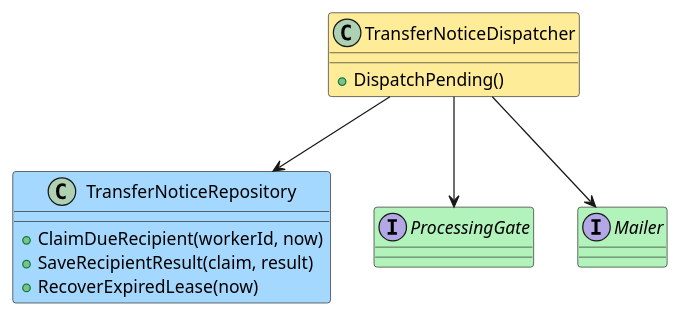
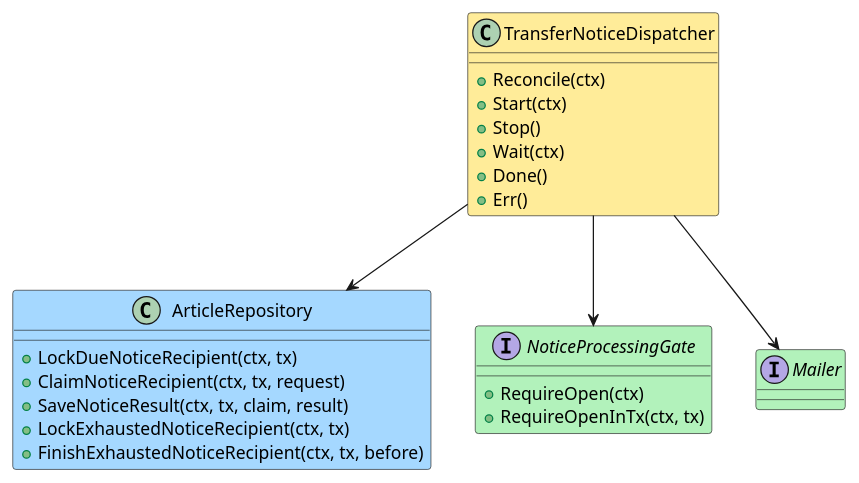
One commit to jianghua-hub-ai/han changed diagram 24 of 28 in .add/project/knowledge/design-workspace/article-management/design.md. Above: the diagram before and after it, drawn with PlantUML. The commit also changed other lines of this file and 26 other files, not shown here.

````diff
--- a/.add/project/knowledge/design-workspace/article-management/design.md
+++ b/.add/project/knowledge/design-workspace/article-management/design.md
@@ -1485,18 +1815,28 @@
 ```plantuml
 @startuml
 skinparam shadowing false
 class TransferNoticeDispatcher #ffec99 {
-  +DispatchPending()
+  +Reconcile(ctx)
+  +Start(ctx)
+  +Stop()
+  +Wait(ctx)
+  +Done()
+  +Err()
 }
-class TransferNoticeRepository #a5d8ff {
-  +ClaimDueRecipient(workerId, now)
-  +SaveRecipientResult(claim, result)
-  +RecoverExpiredLease(now)
+class ArticleRepository #a5d8ff {
+  +LockDueNoticeRecipient(ctx, tx)
+  +ClaimNoticeRecipient(ctx, tx, request)
+  +SaveNoticeResult(ctx, tx, claim, result)
+  +LockExhaustedNoticeRecipient(ctx, tx)
+  +FinishExhaustedNoticeRecipient(ctx, tx, before)
 }
-interface ProcessingGate #b2f2bb
+interface NoticeProcessingGate #b2f2bb {
+  +RequireOpen(ctx)
+  +RequireOpenInTx(ctx, tx)
+}
 interface Mailer #b2f2bb
-TransferNoticeDispatcher --> TransferNoticeRepository
-TransferNoticeDispatcher --> ProcessingGate
+TransferNoticeDispatcher --> ArticleRepository
+TransferNoticeDispatcher --> NoticeProcessingGate
 TransferNoticeDispatcher --> Mailer
 @enduml
 ```
````
